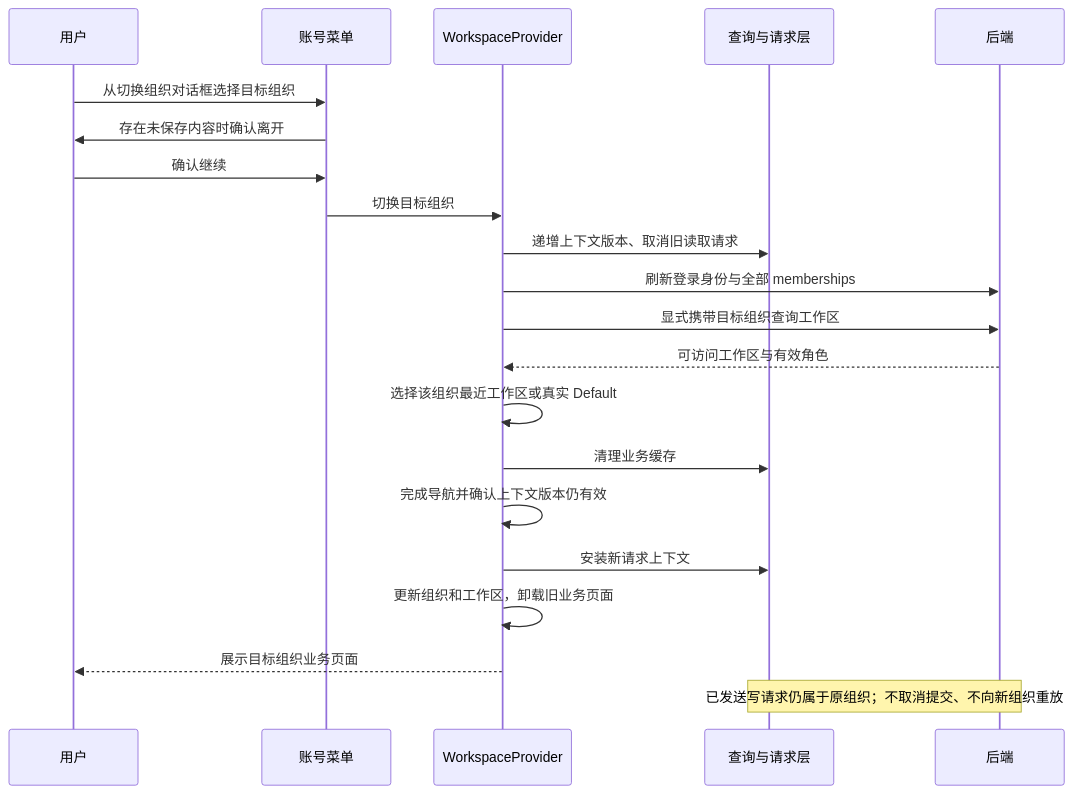
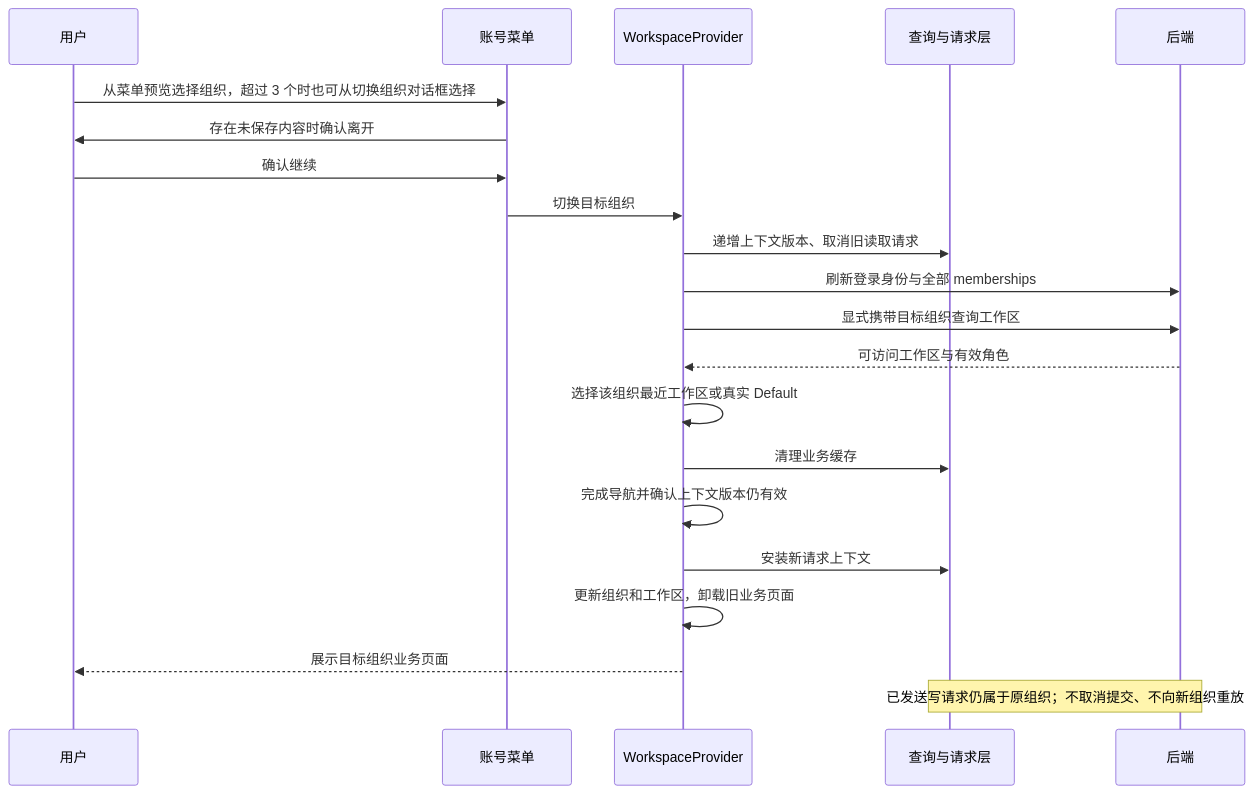
One commit to superduck-ai/open-managed-agents changed the fourth of 4 diagrams in docs/design/organization-joining.md. Above: the diagram before and after it, drawn with Mermaid. The commit also changed other lines of this file, not shown here.

Commit message:
docs: 说明三个以内的组织从账号菜单直接进入

````diff
--- a/docs/design/organization-joining.md
+++ b/docs/design/organization-joining.md
@@ -129,23 +129,23 @@
 ```mermaid
 sequenceDiagram
     participant U as 用户
     participant M as 账号菜单
     participant P as WorkspaceProvider
     participant Q as 查询与请求层
     participant B as 后端
-    U->>M: 从切换组织对话框选择目标组织
+    U->>M: 从菜单预览选择组织，超过 3 个时也可从切换组织对话框选择
     M->>U: 存在未保存内容时确认离开
     U->>M: 确认继续
     M->>P: 切换目标组织
     P->>Q: 递增上下文版本、取消旧读取请求
     P->>B: 刷新登录身份与全部 memberships
     P->>B: 显式携带目标组织查询工作区
     B-->>P: 可访问工作区与有效角色
     P->>P: 选择该组织最近工作区或真实 Default
     P->>Q: 清理业务缓存
     P->>P: 完成导航并确认上下文版本仍有效
     P->>Q: 安装新请求上下文
     P->>P: 更新组织和工作区，卸载旧业务页面
     P-->>U: 展示目标组织业务页面
     Note over Q,B: 已发送写请求仍属于原组织；不取消提交、不向新组织重放
 ```
````
